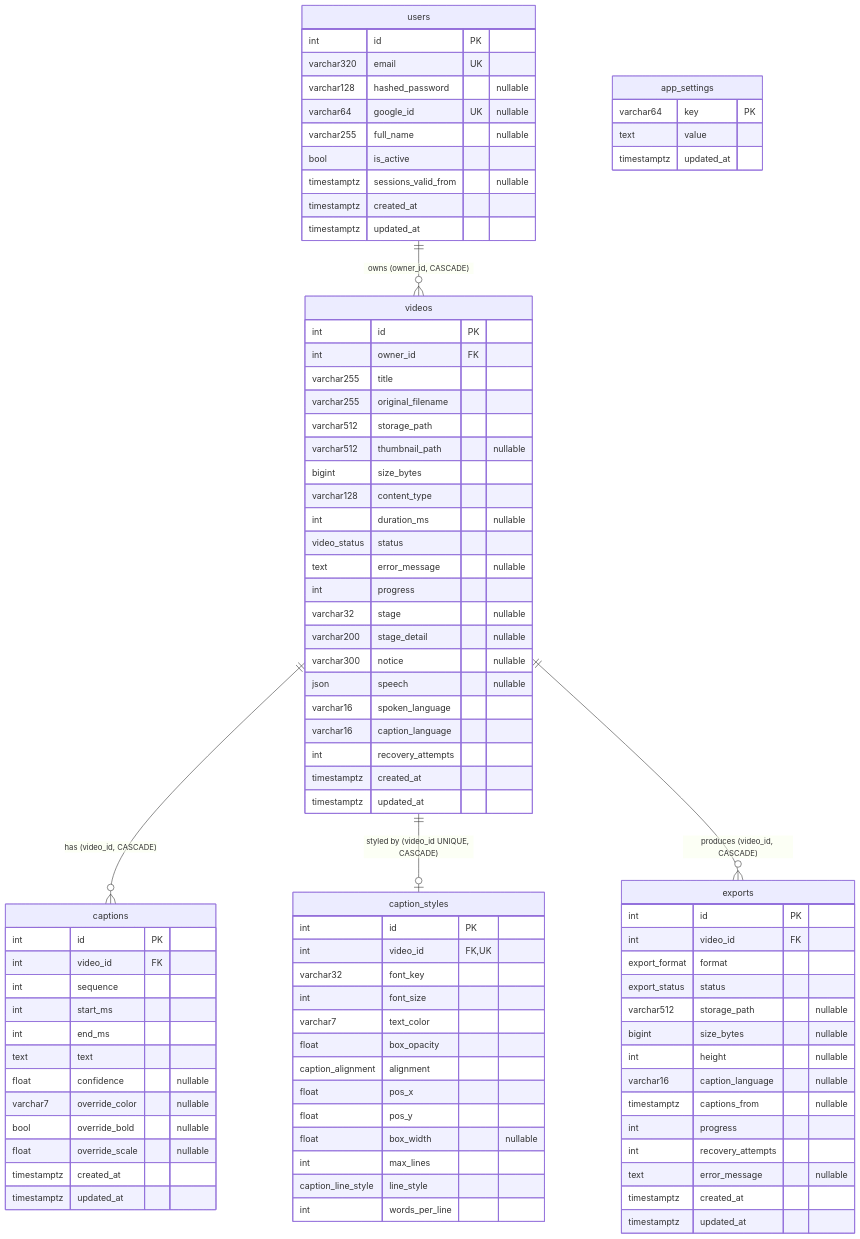
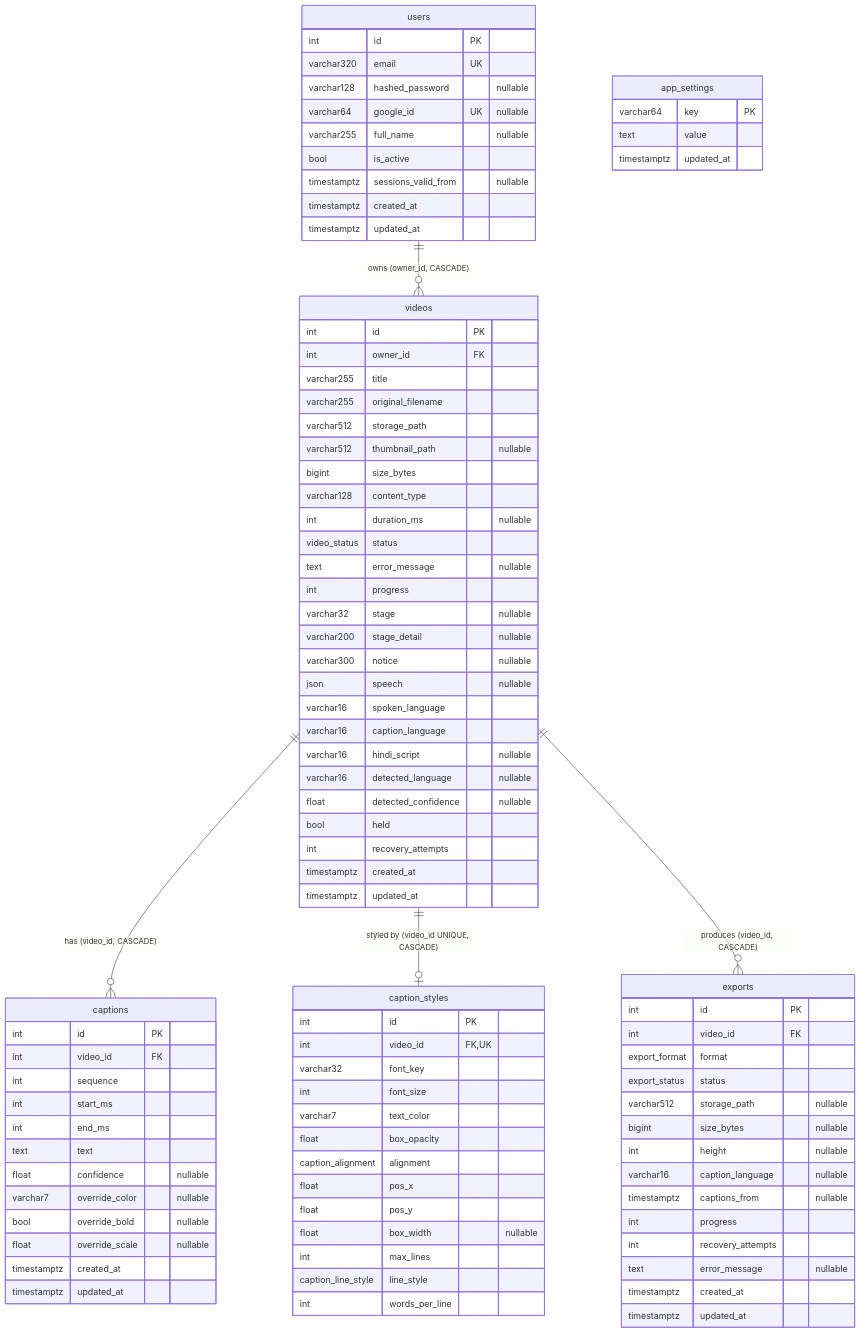
One commit to Tanush1206/Video-Caption-Maker changed the diagram in docs/DATABASE.md. Above: the diagram before and after it, drawn with Mermaid. The commit also changed other lines of this file and 3 other files, not shown here.

```diff
--- a/docs/DATABASE.md
+++ b/docs/DATABASE.md
@@ -99,6 +100,10 @@
         json speech "nullable"
         varchar16 spoken_language
         varchar16 caption_language
+        varchar16 hindi_script "nullable"
+        varchar16 detected_language "nullable"
+        float detected_confidence "nullable"
+        bool held
         int recovery_attempts
         timestamptz created_at
         timestamptz updated_at
```
